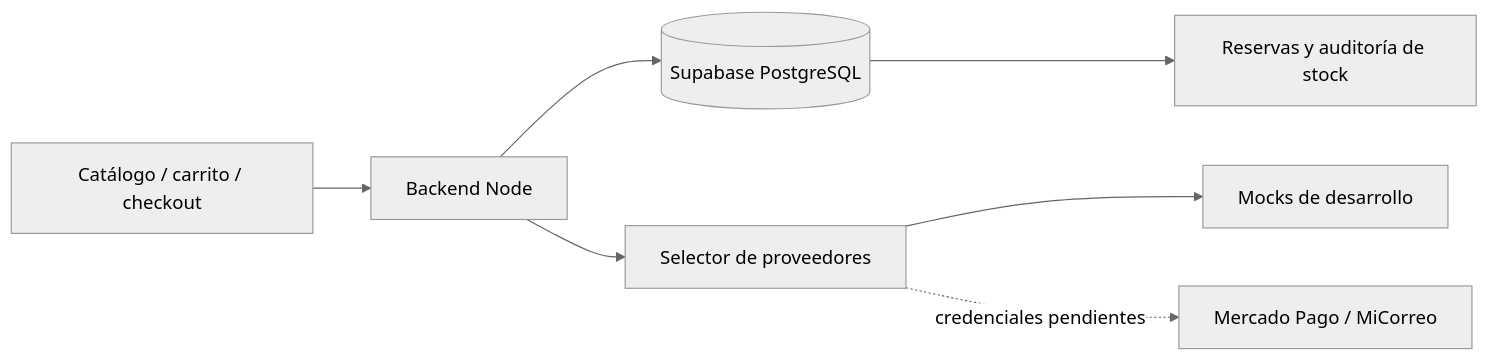
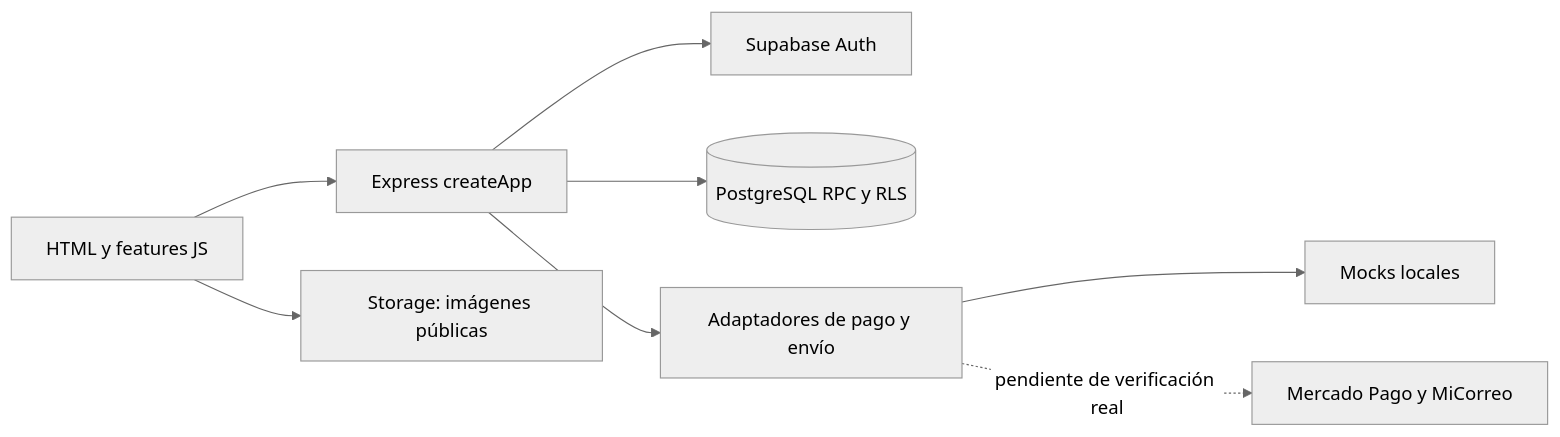
The diagram in README.md (Jerocordoneda/MateBreak), drawn with Mermaid (neutral theme) before and after one commit. The commit also changed other lines of this file and 4 other files, not shown here.

Commit message:
docs: add learning guide flows packaging policy and hosting comparison

````diff
--- a/README.md
+++ b/README.md
@@ -16,9 +11,10 @@
 ```mermaid
 flowchart LR
-  UI[Catálogo / carrito / checkout] --> API[Backend Node]
-  API --> SQL[(Supabase PostgreSQL)]
-  SQL --> STOCK[Reservas y auditoría de stock]
-  API --> PROV[Selector de proveedores]
-  PROV --> MOCK[Mocks de desarrollo]
-  PROV -. credenciales pendientes .-> MP[Mercado Pago / MiCorreo]
+  UI[HTML y features JS] --> API[Express createApp]
+  API --> AUTH[Supabase Auth]
+  API --> DB[(PostgreSQL RPC y RLS)]
+  UI --> IMG[Storage: imágenes públicas]
+  API --> P[Adaptadores de pago y envío]
+  P --> MOCK[Mocks locales]
+  P -. pendiente de verificación real .-> REAL[Mercado Pago y MiCorreo]
 ```
````
